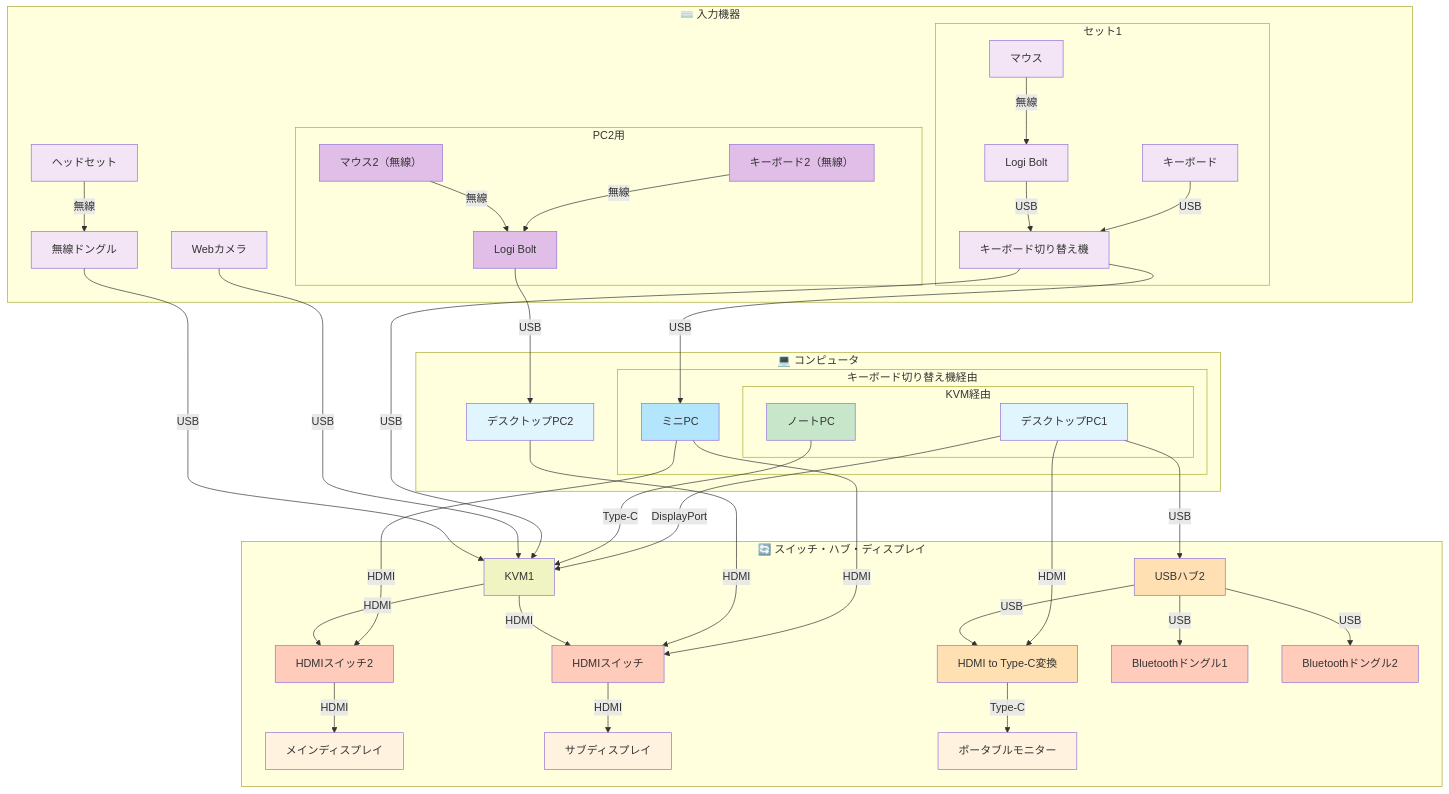
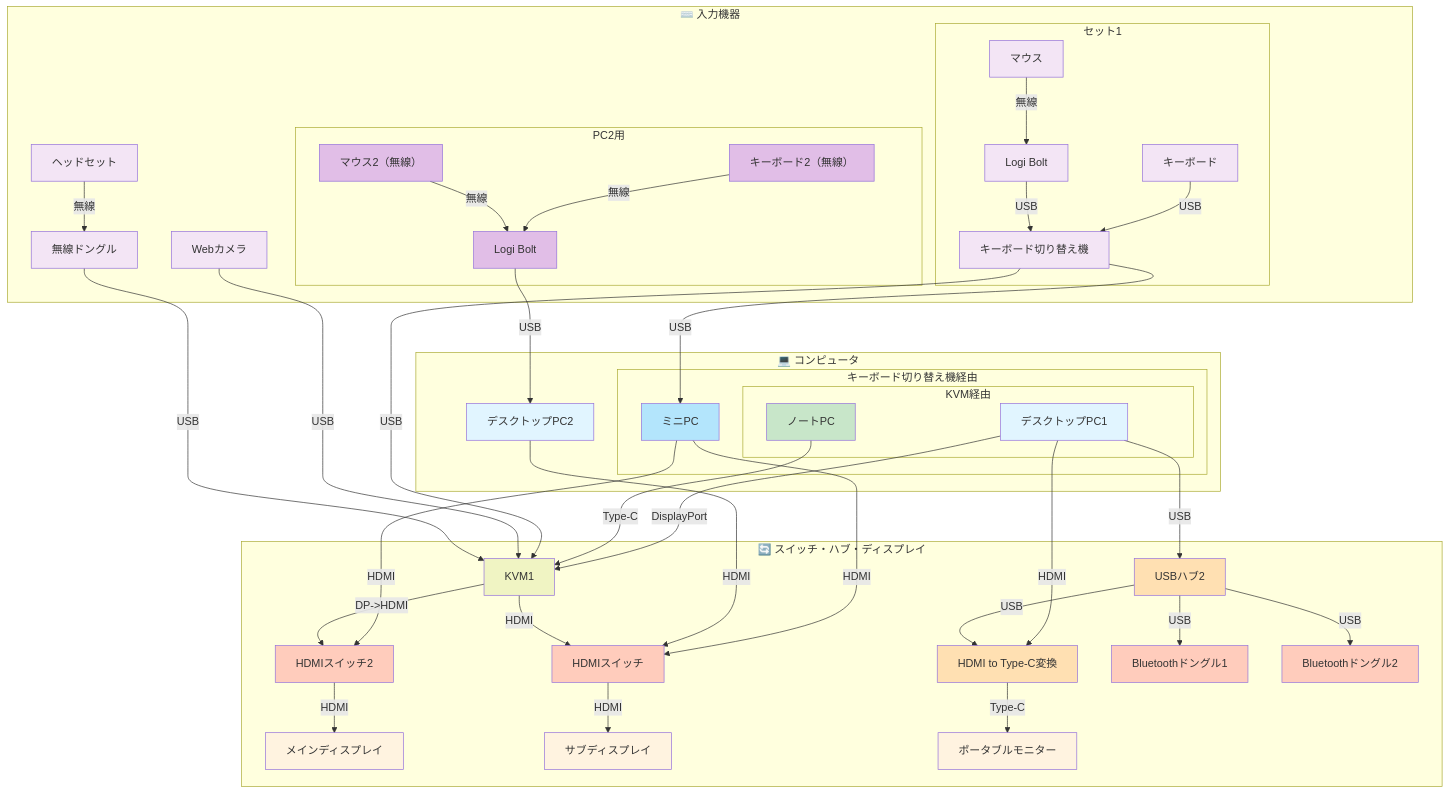
Before and after one commit to nuitsjp/MyEnvironments: the diagram in デスク設計.md, drawn with Mermaid.

Commit message:
KVM1の接続方式をHDMIからDP->HDMIに変更

```diff
--- a/デスク設計.md
+++ b/デスク設計.md
@@ -66,7 +66,7 @@
     MOUSE2 -->|無線| LOGIBOLT
     LOGIBOLT -->|USB| PC2
 
-    KVM1 -->|HDMI| HDMISW2
+    KVM1 -->|DP->HDMI| HDMISW2
     KVM1 -->|HDMI| HDMISW
 
     HDMISW2 -->|HDMI| DIS1
```
